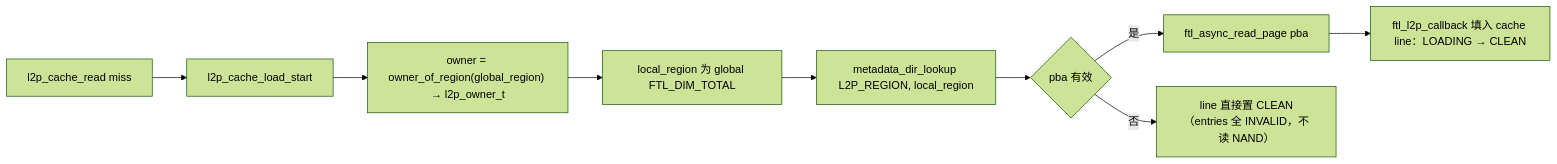
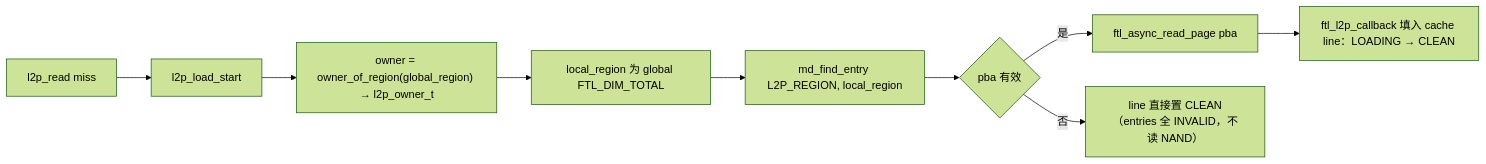
The tenth of 32 diagrams in docs/design/ftl_design.md (YzYMIAO/BASESSD), drawn with Mermaid (forest theme) before and after one commit. The commit also changed other lines of this file and 48 other files, not shown here.

````diff
--- a/docs/design/ftl_design.md
+++ b/docs/design/ftl_design.md
@@ -1773,11 +1773,11 @@
 ```mermaid
 flowchart LR
-    A["l2p_cache_read miss"] --> B["l2p_cache_load_start"]
+    A["l2p_read miss"] --> B["l2p_load_start"]
     B --> C["owner = owner_of_region(global_region) → l2p_owner_t"]
     C --> D["local_region 为 global FTL_DIM_TOTAL"]
-    D --> E["metadata_dir_lookup L2P_REGION, local_region"]
+    D --> E["md_find_entry L2P_REGION, local_region"]
     E --> F{"pba 有效"}
     F -- "是" --> G["ftl_async_read_page pba"]
     G --> I["ftl_l2p_callback 填入 cache line：LOADING → CLEAN"]
     F -- "否" --> H["line 直接置 CLEAN（entries 全 INVALID，不读 NAND）"]
 ```
````
